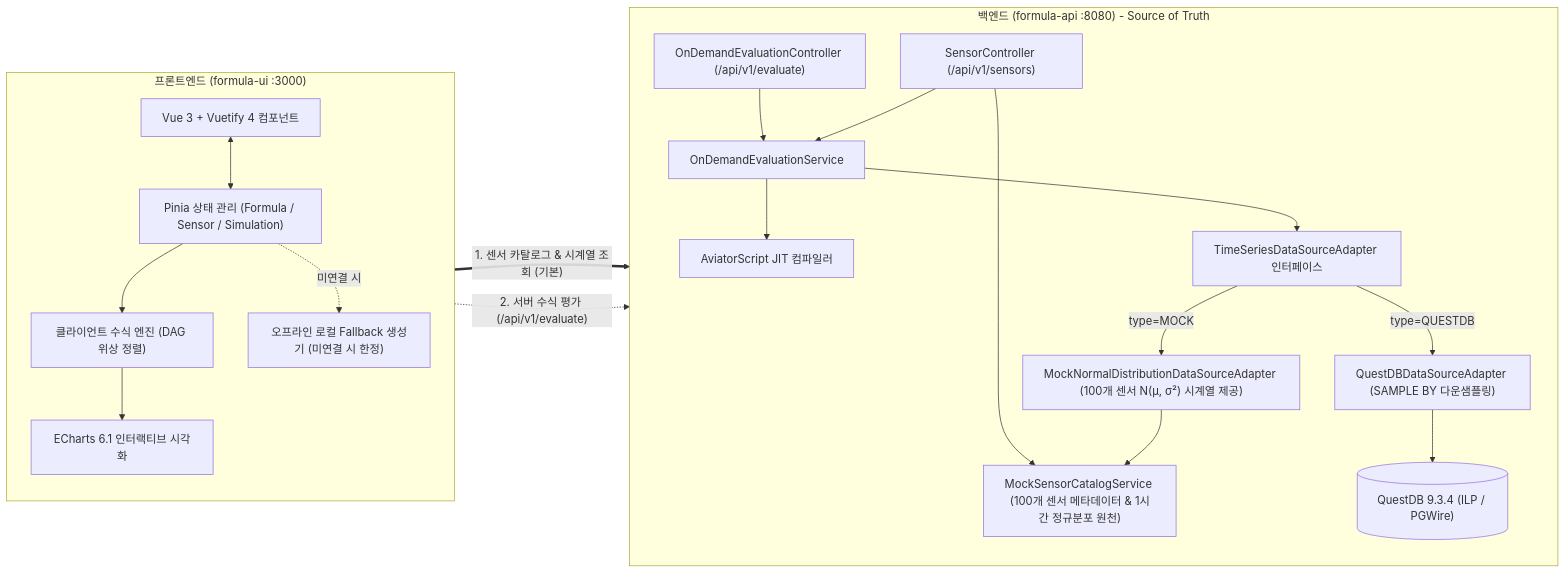
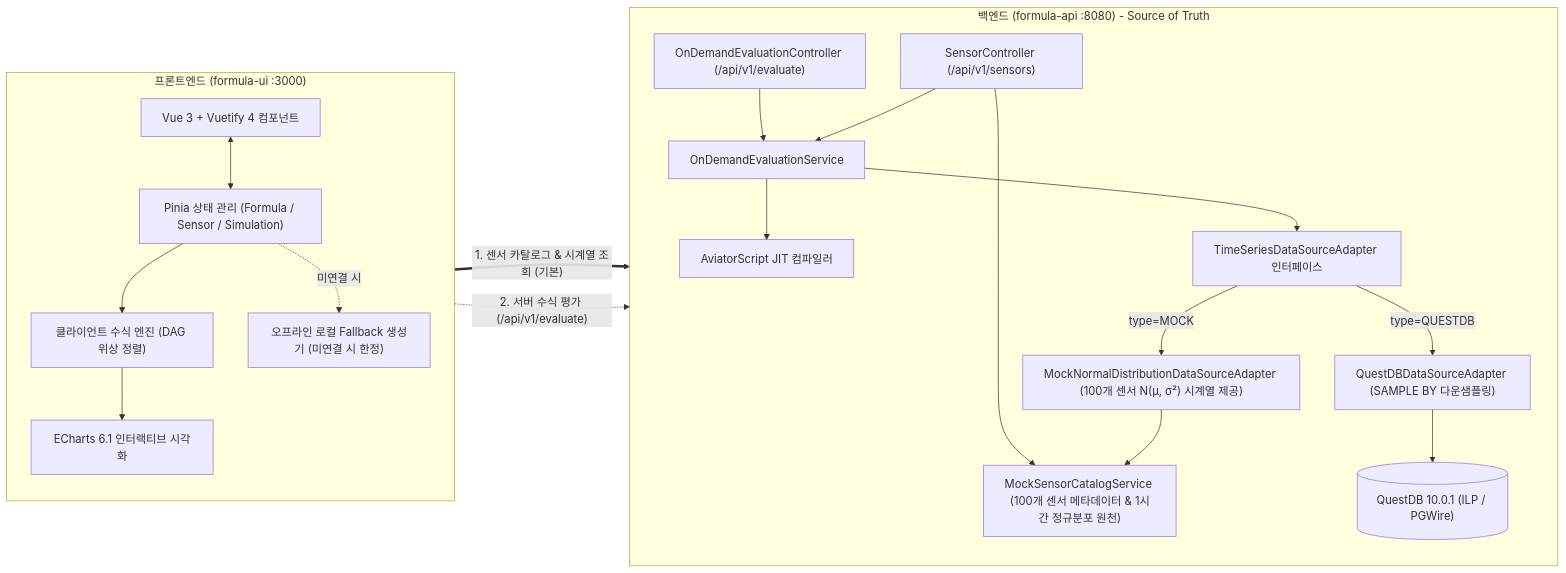
The first of 6 diagrams in docs/FRONTEND_UI_GUIDE.md (imoil/formula-evaluator-service), drawn with Mermaid before and after one commit. The commit also changed other lines of this file and 4 other files, not shown here.

First line of the commit message:
docs: update architecture, README, GEMINI, and frontend/streaming guides

````diff
--- a/docs/FRONTEND_UI_GUIDE.md
+++ b/docs/FRONTEND_UI_GUIDE.md
@@ -18,42 +18,42 @@
 ```mermaid
 flowchart LR
     subgraph ClientLayer["프론트엔드 (formula-ui :3000)"]
         direction TB
         UI["Vue 3 + Vuetify 4 컴포넌트"]
         Stores["Pinia 상태 관리 (Formula / Sensor / Simulation)"]
         Engine["클라이언트 수식 엔진 (DAG 위상 정렬)"]
         Visualizer["ECharts 6.1 인터랙티브 시각화"]
         FallbackGen["오프라인 로컬 Fallback 생성기 (미연결 시 한정)"]
 
         UI <--> Stores
         Stores --> Engine
         Stores -.->|미연결 시| FallbackGen
         Engine --> Visualizer
     end
 
     subgraph BackendLayer["백엔드 (formula-api :8080) - Source of Truth"]
         direction TB
         Controller1["OnDemandEvaluationController (/api/v1/evaluate)"]
         Controller2["SensorController (/api/v1/sensors)"]
         Service["OnDemandEvaluationService"]
         Catalog["MockSensorCatalogService (100개 센서 메타데이터 & 1시간 정규분포 원천)"]
         Aviator["AviatorScript JIT 컴파일러"]
         AdapterSelector["TimeSeriesDataSourceAdapter 인터페이스"]
         
         MockAdapter["MockNormalDistributionDataSourceAdapter (100개 센서 N(μ, σ²) 시계열 제공)"]
         QuestDBAdapter["QuestDBDataSourceAdapter (SAMPLE BY 다운샘플링)"]
-        QuestDB[("QuestDB 9.3.4 (ILP / PGWire)")]
+        QuestDB[("QuestDB 10.0.1 (ILP / PGWire)")]
 
         Controller1 & Controller2 --> Service
         Controller2 --> Catalog
         Service --> Aviator
         Service --> AdapterSelector
         AdapterSelector -->|type=MOCK| MockAdapter
         MockAdapter --> Catalog
         AdapterSelector -->|type=QUESTDB| QuestDBAdapter
         QuestDBAdapter --> QuestDB
     end
 
     Stores ==>|"1. 센서 카탈로그 & 시계열 조회 (기본)"| Controller2
     UI -.->|"2. 서버 수식 평가 (/api/v1/evaluate)"| Controller1
 ```
````
